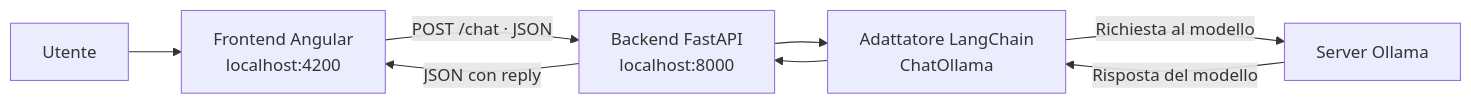
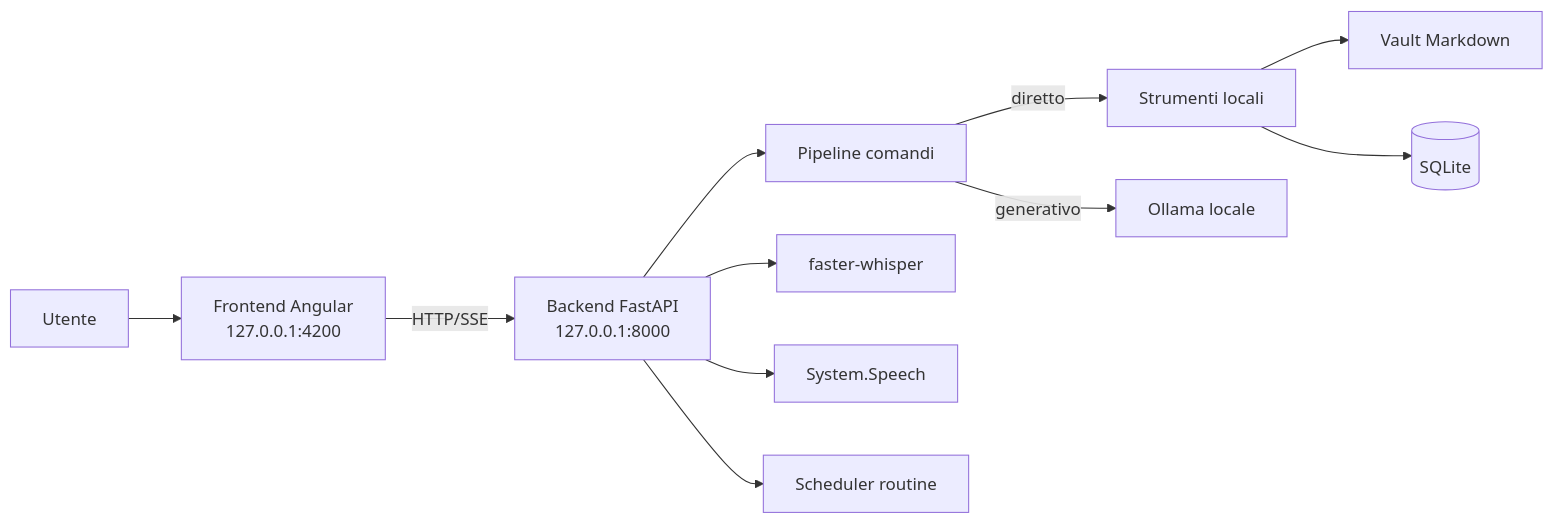
The diagram in ARCHITETTURA.md (howtobepier/test-llm), drawn with Mermaid before and after one commit. The commit also changed other lines of this file and 60 other files, not shown here.

````diff
--- a/ARCHITETTURA.md
+++ b/ARCHITETTURA.md
@@ -11,10 +7,13 @@
 ```mermaid
 flowchart LR
-    U[Utente] --> F[Frontend Angular<br/>localhost:4200]
-    F -->|POST /chat · JSON| B[Backend FastAPI<br/>localhost:8000]
-    B --> L[Adattatore LangChain<br/>ChatOllama]
-    L -->|Richiesta al modello| O[Server Ollama]
-    O -->|Risposta del modello| L
-    L --> B
-    B -->|JSON con reply| F
+    U[Utente] --> F[Frontend Angular<br/>127.0.0.1:4200]
+    F -->|HTTP/SSE| B[Backend FastAPI<br/>127.0.0.1:8000]
+    B --> P[Pipeline comandi]
+    P -->|diretto| T[Strumenti locali]
+    P -->|generativo| O[Ollama locale]
+    T --> V[Vault Markdown]
+    T --> S[(SQLite)]
+    B --> STT[faster-whisper]
+    B --> TTS[System.Speech]
+    B --> SCH[Scheduler routine]
 ```
````
